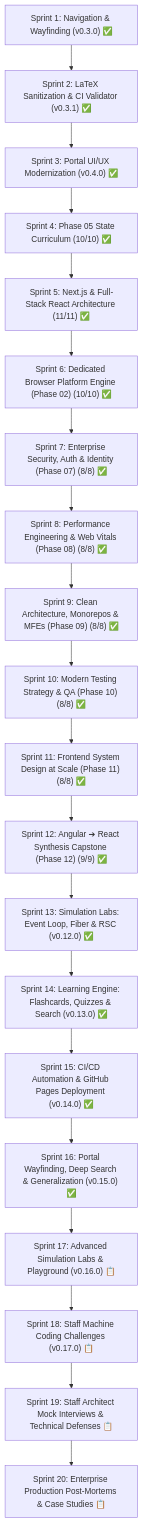
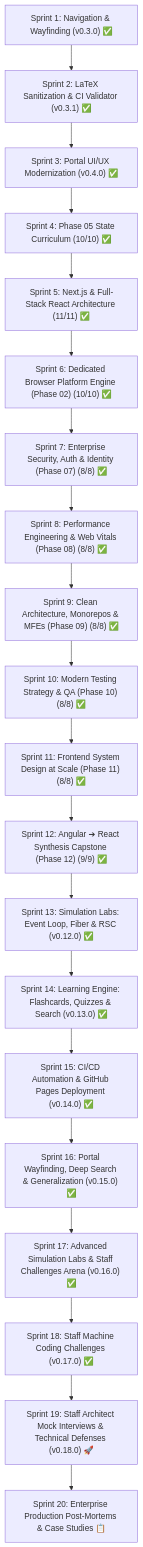
The diagram in docs/sdlc/sprint-plan.md (adarshsince90/react-interview-prep), drawn with Mermaid before and after one commit. The commit also changed other lines of this file and 14 other files, not shown here.

Commit message:
feat(challenges): deliver staff machine coding arena and complete sprint 17/18 checkpoint

````diff
--- a/docs/sdlc/sprint-plan.md
+++ b/docs/sdlc/sprint-plan.md
@@ -35,22 +35,22 @@
 ```mermaid
 flowchart TD
     S1["Sprint 1: Navigation & Wayfinding (v0.3.0) ✅"] --> S2["Sprint 2: LaTeX Sanitization & CI Validator (v0.3.1) ✅"]
     S2 --> S3["Sprint 3: Portal UI/UX Modernization (v0.4.0) ✅"]
     S3 --> S4["Sprint 4: Phase 05 State Curriculum (10/10) ✅"]
     S4 --> S5["Sprint 5: Next.js & Full-Stack React Architecture (11/11) ✅"]
     S5 --> S6["Sprint 6: Dedicated Browser Platform Engine (Phase 02) (10/10) ✅"]
     S6 --> S7["Sprint 7: Enterprise Security, Auth & Identity (Phase 07) (8/8) ✅"]
     S7 --> S8["Sprint 8: Performance Engineering & Web Vitals (Phase 08) (8/8) ✅"]
     S8 --> S9["Sprint 9: Clean Architecture, Monorepos & MFEs (Phase 09) (8/8) ✅"]
     S9 --> S10["Sprint 10: Modern Testing Strategy & QA (Phase 10) (8/8) ✅"]
     S10 --> S11["Sprint 11: Frontend System Design at Scale (Phase 11) (8/8) ✅"]
     S11 --> S12["Sprint 12: Angular ➔ React Synthesis Capstone (Phase 12) (9/9) ✅"]
     S12 --> S13["Sprint 13: Simulation Labs: Event Loop, Fiber & RSC (v0.12.0) ✅"]
     S13 --> S14["Sprint 14: Learning Engine: Flashcards, Quizzes & Search (v0.13.0) ✅"]
     S14 --> S15["Sprint 15: CI/CD Automation & GitHub Pages Deployment (v0.14.0) ✅"]
     S15 --> S16["Sprint 16: Portal Wayfinding, Deep Search & Generalization (v0.15.0) ✅"]
-    S16 --> S17["Sprint 17: Advanced Simulation Labs & Playground (v0.16.0) 📋"]
-    S17 --> S18["Sprint 18: Staff Machine Coding Challenges (v0.17.0) 📋"]
-    S18 --> S19["Sprint 19: Staff Architect Mock Interviews & Technical Defenses 📋"]
+    S16 --> S17["Sprint 17: Advanced Simulation Labs & Staff Challenges Arena (v0.16.0) ✅"]
+    S17 --> S18["Sprint 18: Staff Machine Coding Challenges (v0.17.0) ✅"]
+    S18 --> S19["Sprint 19: Staff Architect Mock Interviews & Technical Defenses (v0.18.0) 🚀"]
     S19 --> S20["Sprint 20: Enterprise Production Post-Mortems & Case Studies 📋"]
 ```
````
